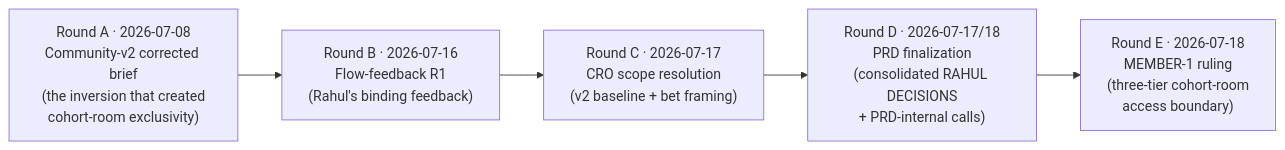
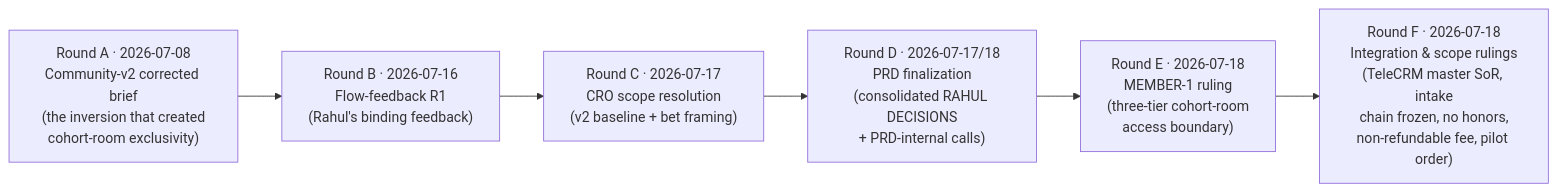
One commit to levelupadmin/LevelUp-Main-App changed the diagram in design/cohorts/docs/09-DECISION-LOG.md. Above: the diagram before and after it, drawn with Mermaid. The commit also changed other lines of this file and 39 other files, not shown here.

````diff
--- a/design/cohorts/docs/09-DECISION-LOG.md
+++ b/design/cohorts/docs/09-DECISION-LOG.md
@@ -43,7 +43,8 @@
 ```mermaid
 graph LR
     A["Round A · 2026-07-08<br/>Community-v2 corrected brief<br/>(the inversion that created<br/>cohort-room exclusivity)"] --> B["Round B · 2026-07-16<br/>Flow-feedback R1<br/>(Rahul's binding feedback)"]
     B --> C["Round C · 2026-07-17<br/>CRO scope resolution<br/>(v2 baseline + bet framing)"]
     C --> D["Round D · 2026-07-17/18<br/>PRD finalization<br/>(consolidated RAHUL DECISIONS<br/>+ PRD-internal calls)"]
     D --> E["Round E · 2026-07-18<br/>MEMBER-1 ruling<br/>(three-tier cohort-room<br/>access boundary)"]
+    E --> F["Round F · 2026-07-18<br/>Integration & scope rulings<br/>(TeleCRM master SoR, intake<br/>chain frozen, no honors,<br/>non-refundable fee, pilot order)"]
 ```
````
